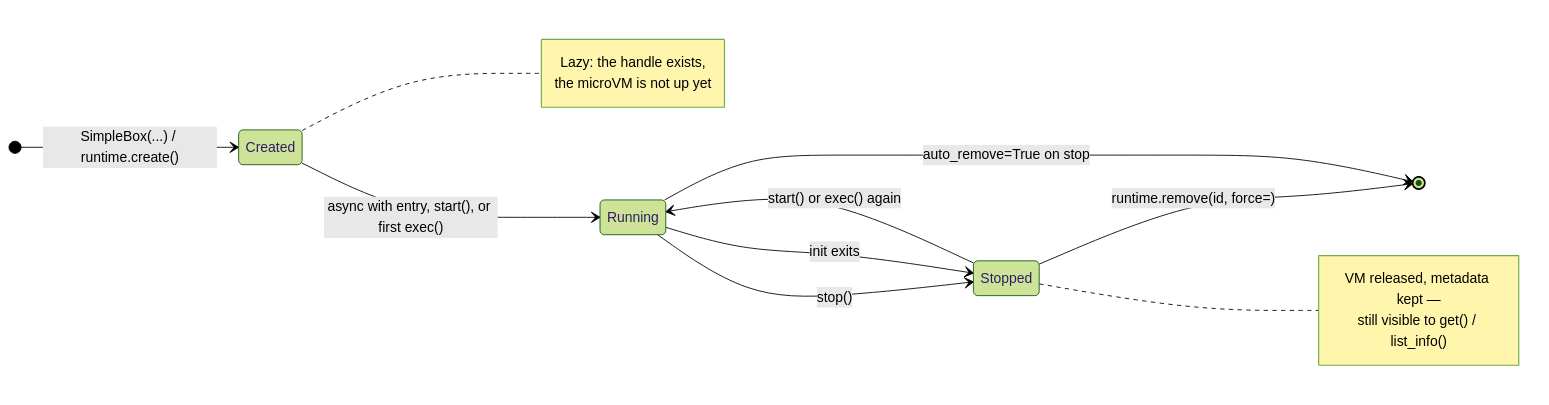
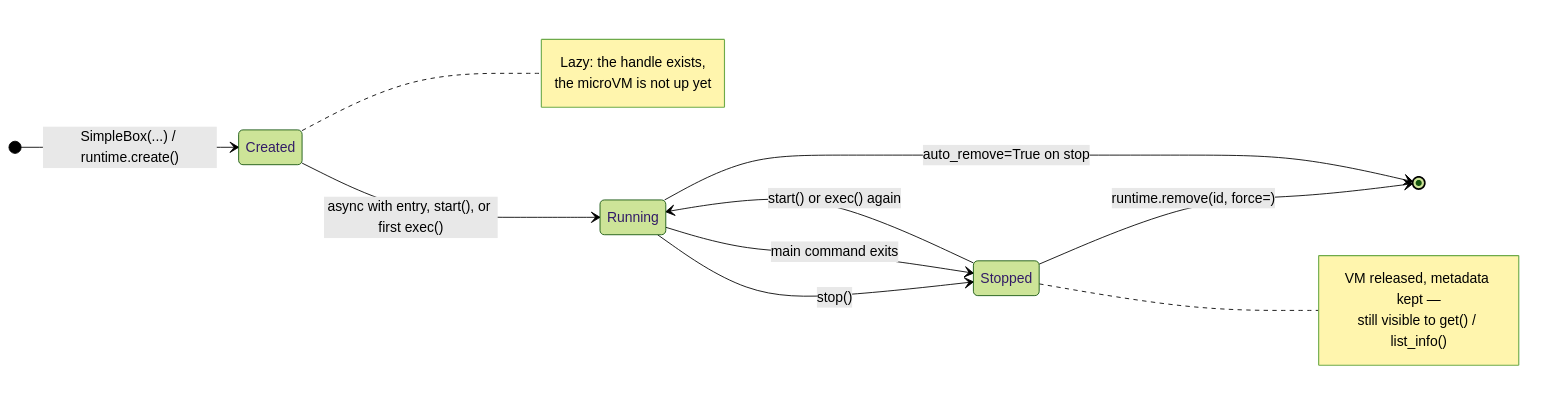
Before and after one commit to Mandalorian-Wang/documentation: the diagram in manage-sandbox/lifecycle.mdx, drawn with Mermaid (forest theme). The commit also changed other lines of this file and 3 other files, not shown here.

````diff
--- a/manage-sandbox/lifecycle.mdx
+++ b/manage-sandbox/lifecycle.mdx
@@ -10,20 +10,20 @@
 ```mermaid
 stateDiagram-v2
     direction LR
     [*] --> Created: SimpleBox(...) / runtime.create()
     Created --> Running: async with entry, start(), or first exec()
     Running --> Stopped: stop()
-    Running --> Stopped: init exits
+    Running --> Stopped: main command exits
     Stopped --> Running: start() or exec() again
     Stopped --> [*]: runtime.remove(id, force=)
     Running --> [*]: auto_remove=True on stop
 
     note right of Created
         Lazy: the handle exists,
         the microVM is not up yet
     end note
     note right of Stopped
         VM released, metadata kept —
         still visible to get() / list_info()
     end note
 ```
````
